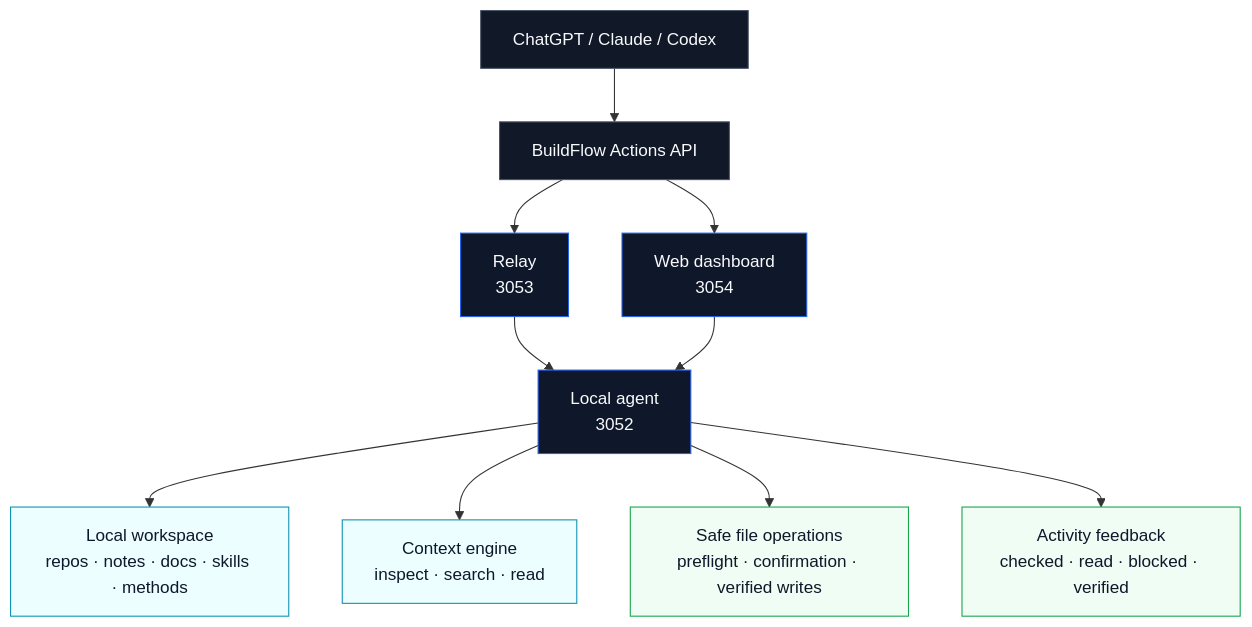
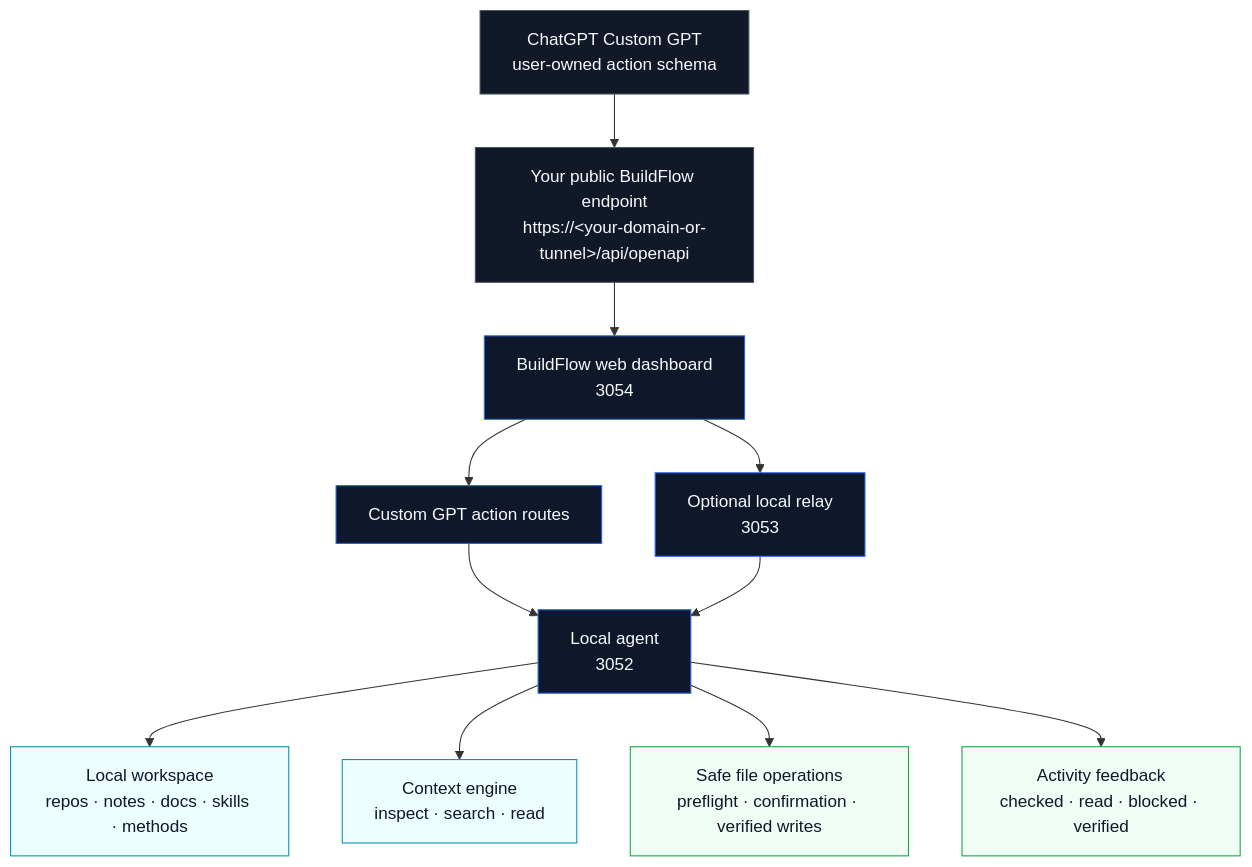
One commit to stevewesthoek/brain-bridge changed the diagram in README.md. Above: the diagram before and after it, drawn with Mermaid. The commit also changed other lines of this file and 3 other files, not shown here.

Commit message:
docs: clarify Local endpoint model for public beta

````diff
--- a/README.md
+++ b/README.md
@@ -139,22 +142,23 @@
 ```mermaid
 flowchart TD
-  Assistant["ChatGPT / Claude / Codex"] --> Actions["BuildFlow Actions API"]
-  Actions --> Web["Web dashboard<br/>3054"]
-  Actions --> Relay["Relay<br/>3053"]
-  Relay --> Agent["Local agent<br/>3052"]
-  Web --> Agent
+  GPT["ChatGPT Custom GPT<br/>user-owned action schema"] --> Endpoint["Your public BuildFlow endpoint<br/>https://&lt;your-domain-or-tunnel&gt;/api/openapi"]
+  Endpoint --> Web["BuildFlow web dashboard<br/>3054"]
+  Web --> Actions["Custom GPT action routes"]
+  Actions --> Agent["Local agent<br/>3052"]
+  Web --> Relay["Optional local relay<br/>3053"]
+  Relay --> Agent
   Agent --> Workspace["Local workspace<br/>repos · notes · docs · skills · methods"]
   Agent --> Context["Context engine<br/>inspect · search · read"]
   Agent --> Writes["Safe file operations<br/>preflight · confirmation · verified writes"]
   Agent --> Activity["Activity feedback<br/>checked · read · blocked · verified"]
 
   classDef entry fill:#111827,stroke:#475569,color:#f8fafc;
   classDef service fill:#0f172a,stroke:#2563eb,color:#f8fafc;
   classDef local fill:#ecfeff,stroke:#0891b2,color:#0f172a;
   classDef safe fill:#f0fdf4,stroke:#16a34a,color:#0f172a;
 
-  class Assistant,Actions entry;
-  class Web,Relay,Agent service;
+  class GPT,Endpoint entry;
+  class Web,Actions,Relay,Agent service;
   class Workspace,Context local;
   class Writes,Activity safe;
 ```
````
